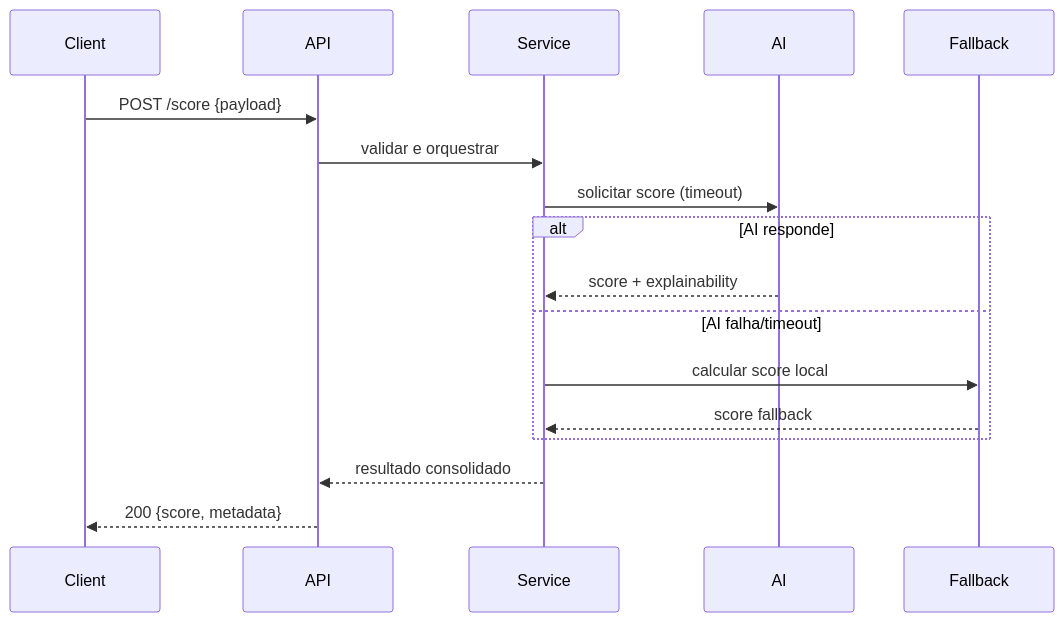
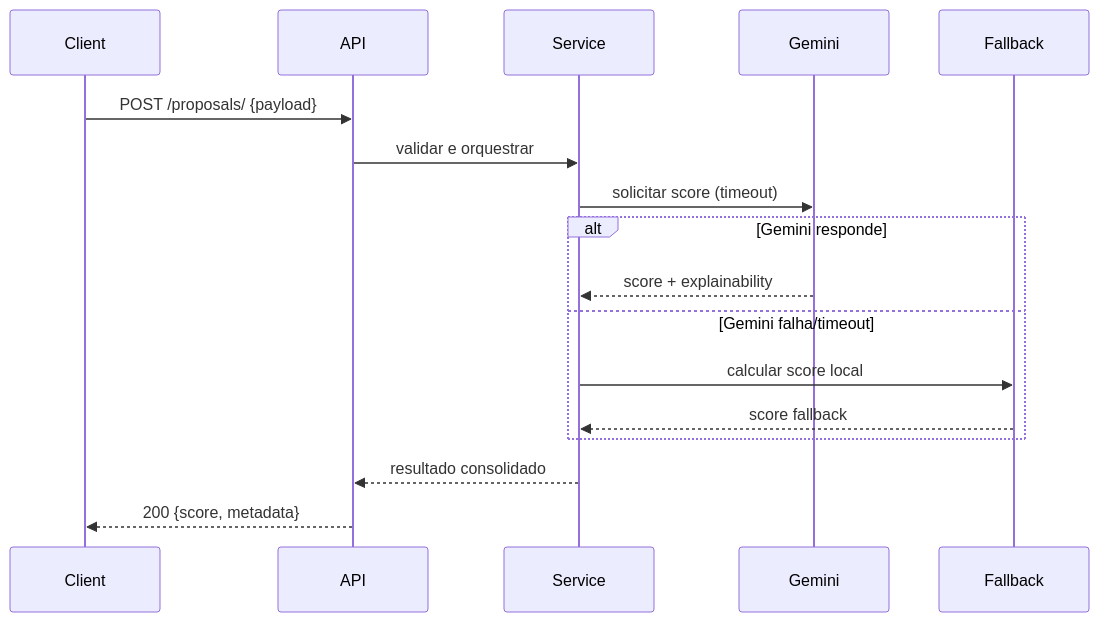
Before and after one commit to tonmelo12358/clean-credit-api: the second of 3 diagrams in README.md, drawn with Mermaid. The commit also changed other lines of this file and 1 other file, not shown here.

````diff
--- a/README.md
+++ b/README.md
@@ -72,19 +72,19 @@
 ```mermaid
 sequenceDiagram
   participant Client
   participant API
   participant Service
-  participant AI
+  participant Gemini
   participant Fallback
-  Client->>API: POST /score {payload}
+  Client->>API: POST /proposals/ {payload}
   API->>Service: validar e orquestrar
-  Service->>AI: solicitar score (timeout)
-  alt AI responde
-    AI-->>Service: score + explainability
-  else AI falha/timeout
+  Service->>Gemini: solicitar score (timeout)
+  alt Gemini responde
+    Gemini-->>Service: score + explainability
+  else Gemini falha/timeout
     Service->>Fallback: calcular score local
     Fallback-->>Service: score fallback
   end
   Service-->>API: resultado consolidado
   API-->>Client: 200 {score, metadata}
 ```
````
